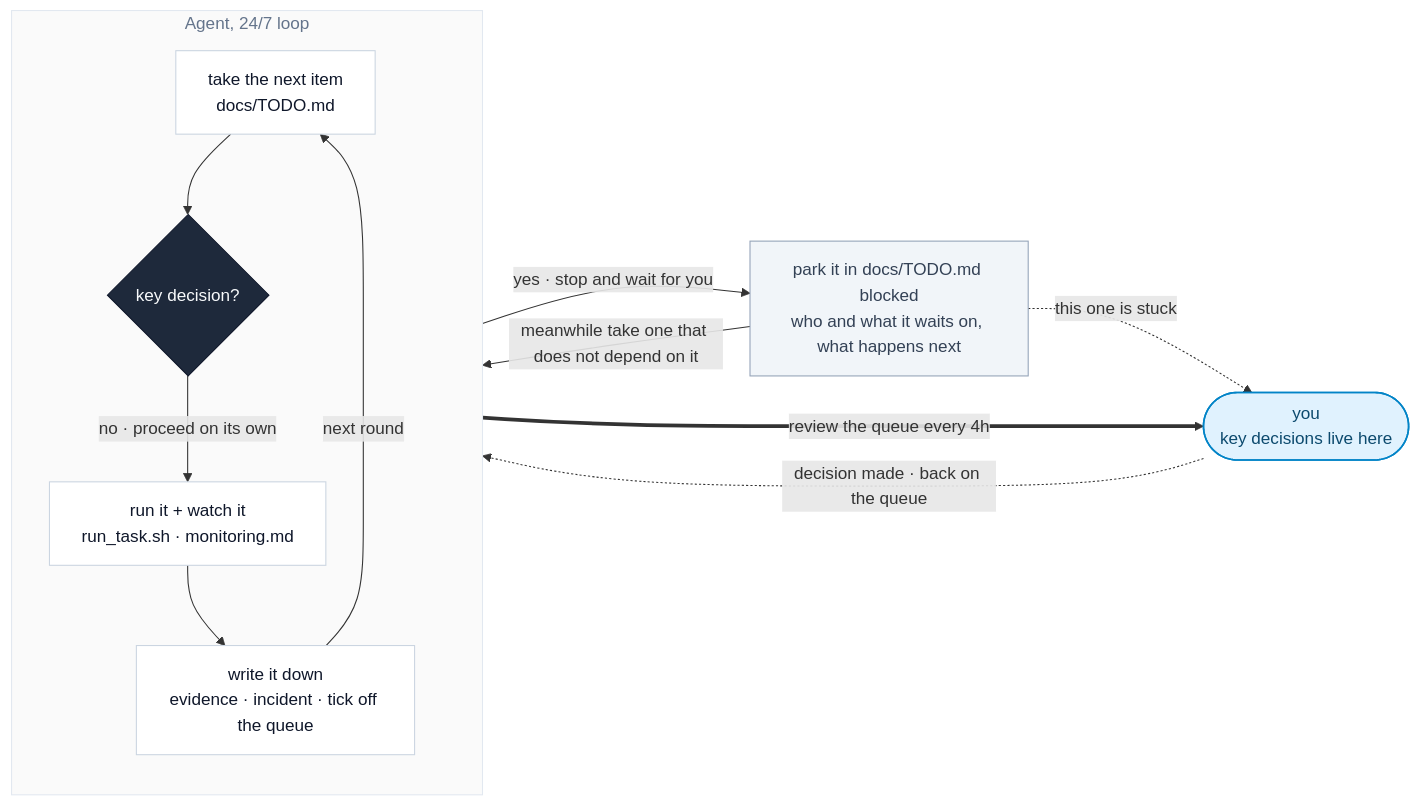
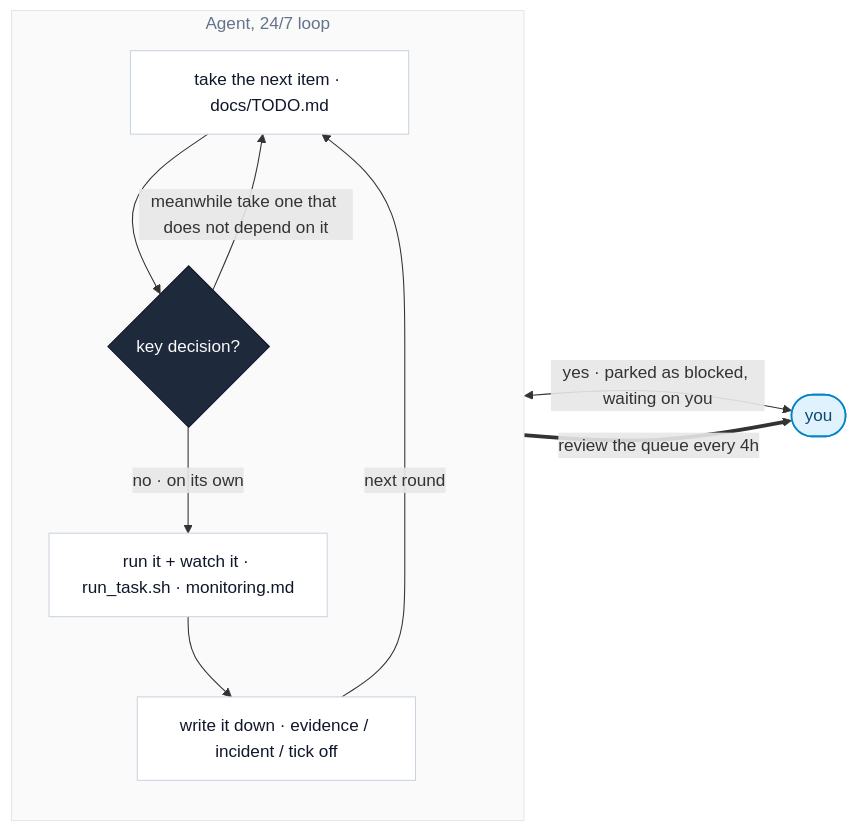
One commit to hashiruu/agent-experiment changed the diagram in README.en.md. Above: the diagram before and after it, drawn with Mermaid. The commit also changed other lines of this file and 1 other file, not shown here.

Commit message:
Wire the decision edge to you, restore the 25x figure

````diff
--- a/README.en.md
+++ b/README.en.md
@@ -33,29 +33,25 @@
 ```mermaid
 flowchart LR
     subgraph LOOP["Agent, 24/7 loop"]
         direction TB
-        T1["take the next item<br/>docs/TODO.md"]
+        T1["take the next item · docs/TODO.md"]
         D{"key decision?"}
-        T2["run it + watch it<br/>run_task.sh · monitoring.md"]
-        T3["write it down<br/>evidence · incident · tick off the queue"]
+        T2["run it + watch it · run_task.sh · monitoring.md"]
+        T3["write it down · evidence / incident / tick off"]
         T1 --> D
-        D -->|"no · proceed on its own"| T2
+        D -->|"no · on its own"| T2
         T2 --> T3
         T3 -->|"next round"| T1
+        D -->|"meanwhile take one that does not depend on it"| T1
     end
-    D -->|"yes · stop and wait for you"| W["park it in docs/TODO.md blocked<br/>who and what it waits on, what happens next"]
-    W -->|"meanwhile take one that does not depend on it"| T1
-    W -.->|"this one is stuck"| HU
+    D <-->|"yes · parked as blocked, waiting on you"| HU(["you"])
     T3 ==>|"review the queue every 4h"| HU
-    HU(["you<br/>key decisions live here"]) -.->|"decision made · back on the queue"| T1
 
     classDef step fill:#FFFFFF,stroke:#CBD5E1,stroke-width:1px,color:#0F172A
     classDef gate fill:#1E293B,stroke:#0F172A,stroke-width:1px,color:#F8FAFC
-    classDef side fill:#F1F5F9,stroke:#94A3B8,stroke-width:1px,color:#334155
     classDef human fill:#E0F2FE,stroke:#0284C7,stroke-width:1.5px,color:#0C4A6E
     class T1,T2,T3 step
     class D gate
-    class W side
     class HU human
     style LOOP fill:#FAFAFA,stroke:#E2E8F0,color:#64748B
 ```
````
